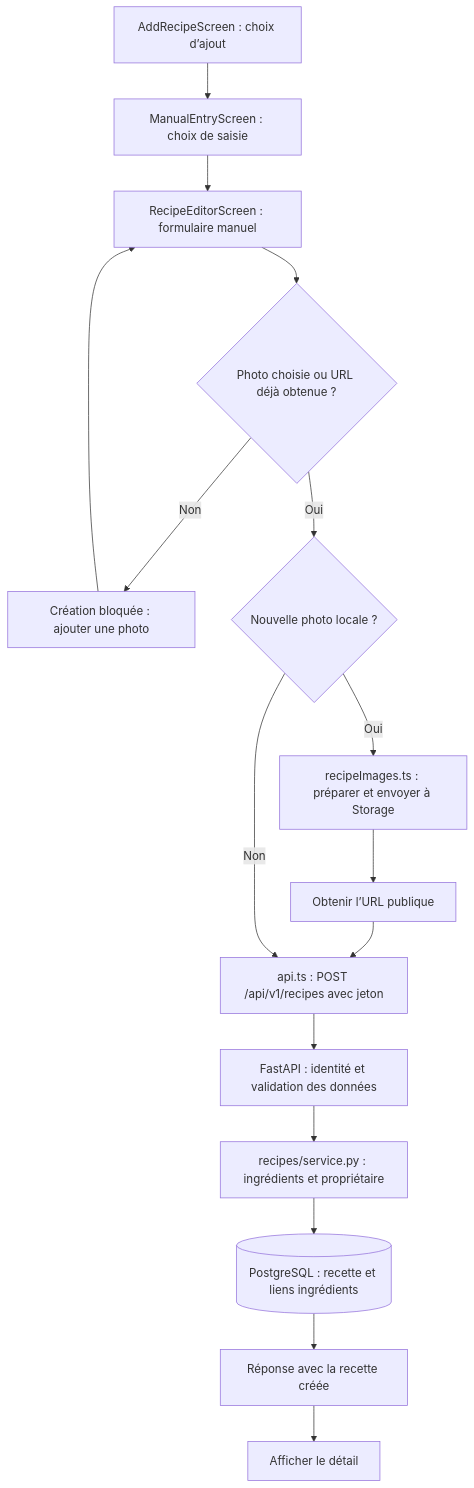
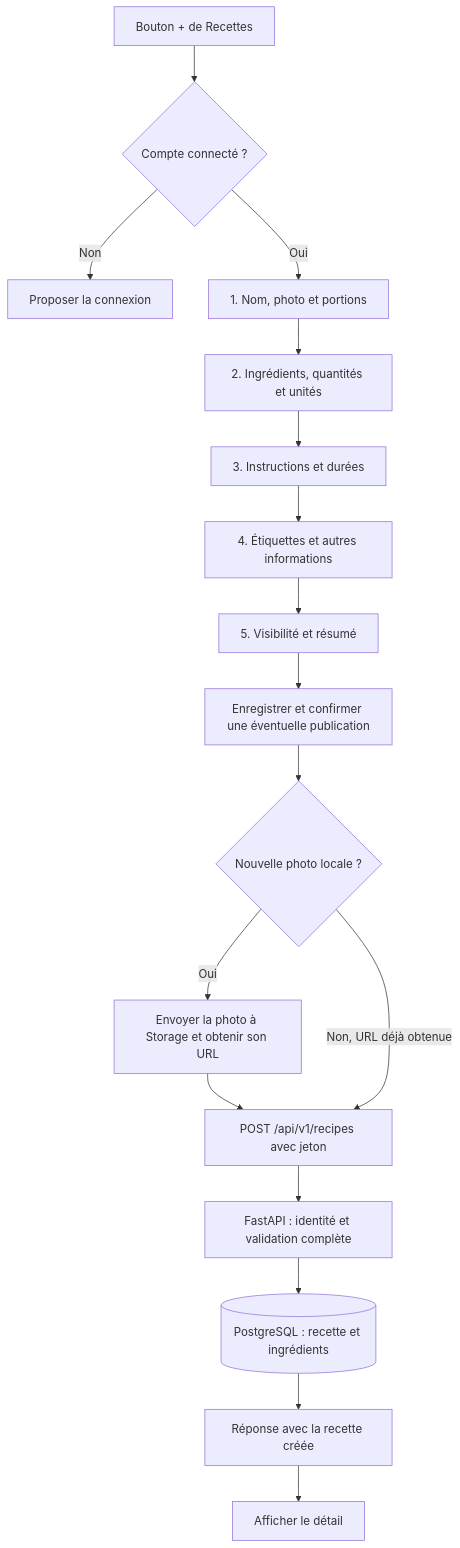
Before and after one commit to EnzoT454/OptiMeal: the sixth of 27 diagrams in README-fonctionnement.md, drawn with Mermaid. The commit also changed other lines of this file and 38 other files, not shown here.

````diff
--- a/README-fonctionnement.md
+++ b/README-fonctionnement.md
@@ -277,18 +290,19 @@
 ```mermaid
 flowchart TD
-    A[AddRecipeScreen : choix d’ajout] --> M[ManualEntryScreen : choix de saisie]
-    M --> F[RecipeEditorScreen : formulaire manuel]
-    F --> C{Photo choisie ou URL déjà obtenue ?}
-    C -->|Non| B[Création bloquée : ajouter une photo]
-    B --> F
-    C -->|Oui| P{Nouvelle photo locale ?}
-    P -->|Oui| I[recipeImages.ts : préparer et envoyer à Storage]
-    I --> URL[Obtenir l’URL publique]
-    URL --> H[api.ts : POST /api/v1/recipes avec jeton]
-    P -->|Non| H
-    H --> V[FastAPI : identité et validation des données]
-    V --> S[recipes/service.py : ingrédients et propriétaire]
-    S --> D[(PostgreSQL : recette et liens ingrédients)]
+    A[Bouton + de Recettes] --> SESS{Compte connecté ?}
+    SESS -->|Non| CONN[Proposer la connexion]
+    SESS -->|Oui| F[1. Nom, photo et portions]
+    F --> ING[2. Ingrédients, quantités et unités]
+    ING --> ET[3. Instructions et durées]
+    ET --> INFO[4. Étiquettes et autres informations]
+    INFO --> VIS[5. Visibilité et résumé]
+    VIS --> ENR[Enregistrer et confirmer une éventuelle publication]
+    ENR --> P{Nouvelle photo locale ?}
+    P -->|Oui| I[Envoyer la photo à Storage et obtenir son URL]
+    I --> H[POST /api/v1/recipes avec jeton]
+    P -->|Non, URL déjà obtenue| H
+    H --> V[FastAPI : identité et validation complète]
+    V --> D[(PostgreSQL : recette et ingrédients)]
     D --> R[Réponse avec la recette créée]
     R --> E[Afficher le détail]
 ```
````
